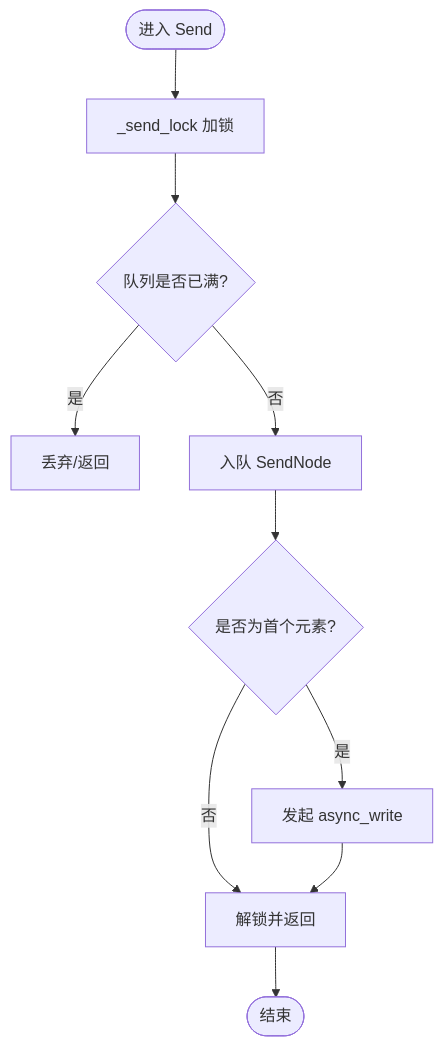
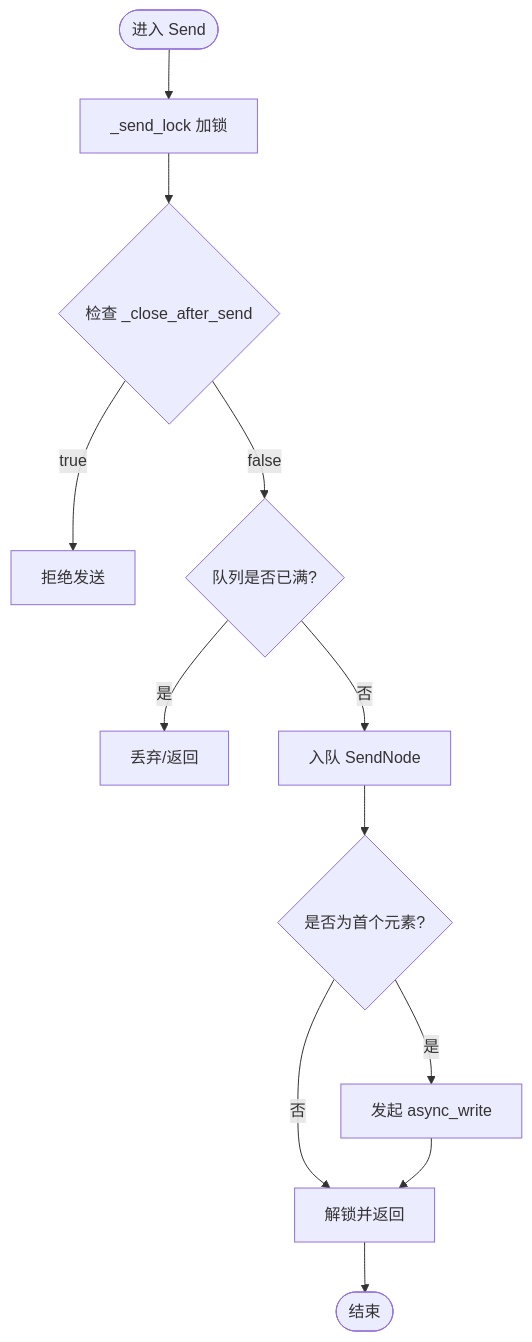
The third of 11 diagrams in .qoder/repowiki/zh/content/服务端开发/ChatServer聊天核心服务/会话管理/并发控制与同步.md (echo9923/mychatter), drawn with Mermaid before and after one commit. The commit also changed other lines of this file and 54 other files, not shown here.

````diff
--- a/.qoder/repowiki/zh/content/服务端开发/ChatServer聊天核心服务/会话管理/并发控制与同步.md
+++ b/.qoder/repowiki/zh/content/服务端开发/ChatServer聊天核心服务/会话管理/并发控制与同步.md
@@ -110,12 +144,14 @@
 ```mermaid
 flowchart TD
 Start(["进入 Send"]) --> Lock["_send_lock 加锁"]
-Lock --> CheckQ{"队列是否已满?"}
+Lock --> CheckClose{"检查 _close_after_send"}
+CheckClose --> |true| Reject["拒绝发送"]
+CheckClose --> |false| CheckQ{"队列是否已满?"}
 CheckQ --> |是| Drop["丢弃/返回"]
 CheckQ --> |否| Push["入队 SendNode"]
 Push --> Trigger{"是否为首个元素?"}
 Trigger --> |否| Unlock["解锁并返回"]
 Trigger --> |是| AsyncWrite["发起 async_write"]
 AsyncWrite --> Unlock
 Unlock --> End(["结束"])
 ```
````
